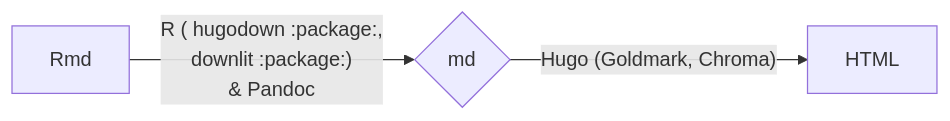
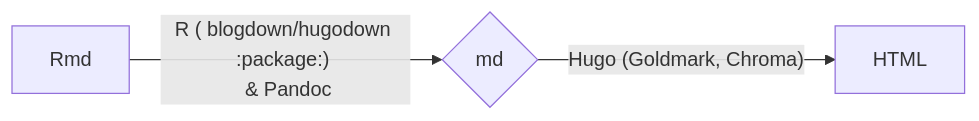
The first of 2 diagrams in content/hugo/slides/index.en.md (maelle/rladies-blr-rmd-blogging), drawn with Mermaid before and after one commit. The commit also changed other lines of this file and 4 other files, not shown here.

```diff
--- a/content/hugo/slides/index.en.md
+++ b/content/hugo/slides/index.en.md
@@ -48,5 +63,5 @@
 {{<mermaid align="left">}}
 graph LR;
-    A[Rmd] --> |"R ( hugodown :package:, </br> downlit :package:) </br> & Pandoc"| B{md}
+    A[Rmd] --> |"R ( blogdown/hugodown :package:) </br> & Pandoc"| B{md}
     B --> |"Hugo (Goldmark, Chroma)"| C[HTML]
 {{< /mermaid >}}
```
